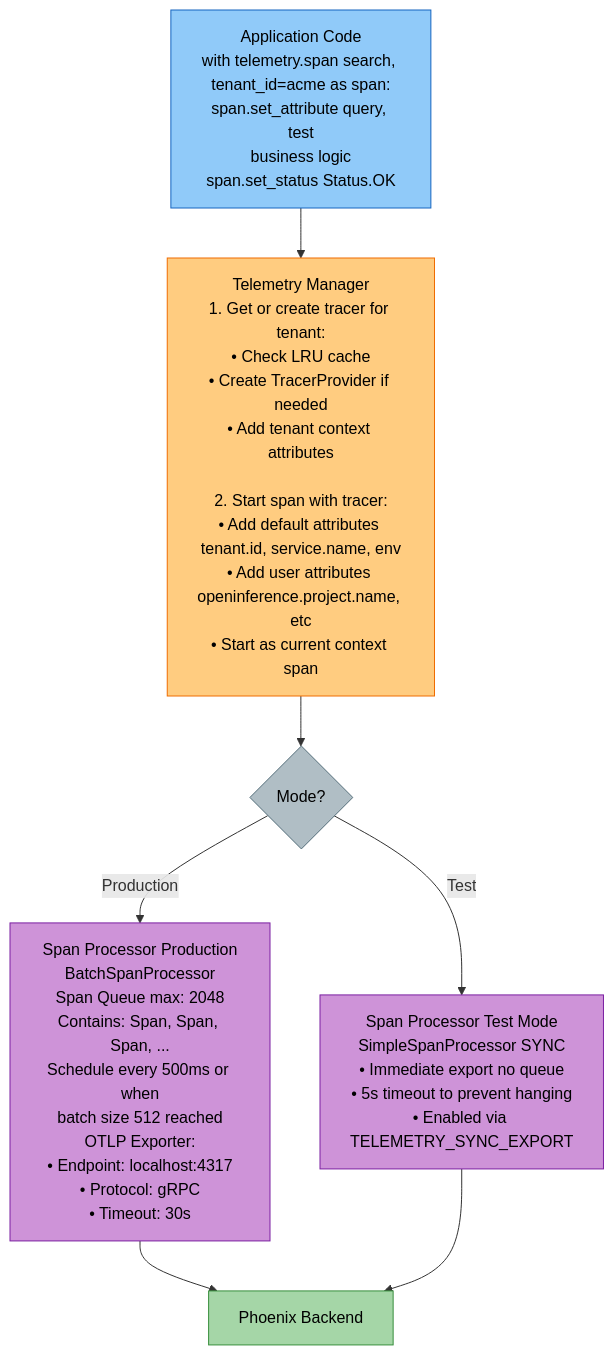
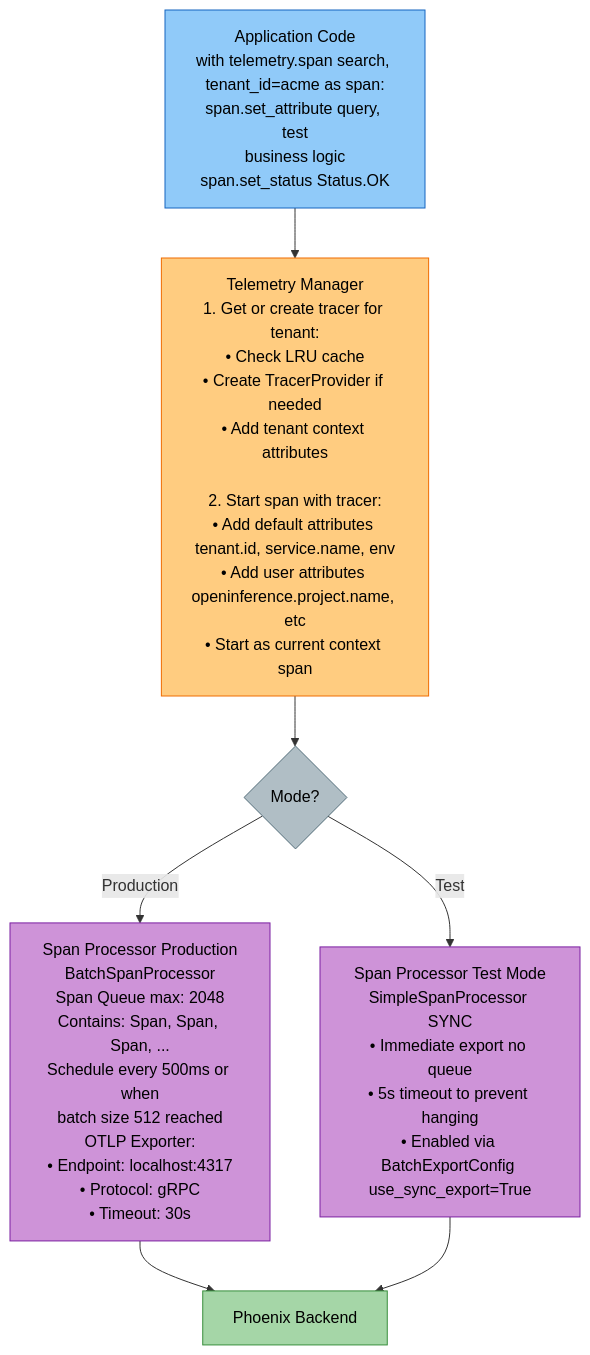
Before and after one commit to amit-jain/cogniverse: the second of 4 diagrams in docs/modules/telemetry.md, drawn with Mermaid. The commit also changed other lines of this file and 50 other files, not shown here.

First line of the commit message:
Complete and verify docs against code with mermaid palette

````diff
--- a/docs/modules/telemetry.md
+++ b/docs/modules/telemetry.md
@@ -212,22 +216,22 @@
 ```mermaid
 flowchart TB
     AppCode["<span style='color:#000'>Application Code<br/>with telemetry.span search, tenant_id=acme as span:<br/>span.set_attribute query, test<br/>business logic<br/>span.set_status Status.OK</span>"]
 
     AppCode --> TelManager["<span style='color:#000'>Telemetry Manager<br/>1. Get or create tracer for tenant:<br/>• Check LRU cache<br/>• Create TracerProvider if needed<br/>• Add tenant context attributes<br/><br/>2. Start span with tracer:<br/>• Add default attributes tenant.id, service.name, env<br/>• Add user attributes openinference.project.name, etc<br/>• Start as current context span</span>"]
 
     TelManager --> ProdProcessor{"<span style='color:#000'>Mode?</span>"}
 
     ProdProcessor -->|Production| BatchProc["<span style='color:#000'>Span Processor Production<br/>BatchSpanProcessor<br/>Span Queue max: 2048<br/>Contains: Span, Span, Span, ...<br/>Schedule every 500ms or when<br/>batch size 512 reached<br/>OTLP Exporter:<br/>• Endpoint: localhost:4317<br/>• Protocol: gRPC<br/>• Timeout: 30s</span>"]
 
-    ProdProcessor -->|Test| SimpleProc["<span style='color:#000'>Span Processor Test Mode<br/>SimpleSpanProcessor SYNC<br/>• Immediate export no queue<br/>• 5s timeout to prevent hanging<br/>• Enabled via TELEMETRY_SYNC_EXPORT</span>"]
+    ProdProcessor -->|Test| SimpleProc["<span style='color:#000'>Span Processor Test Mode<br/>SimpleSpanProcessor SYNC<br/>• Immediate export no queue<br/>• 5s timeout to prevent hanging<br/>• Enabled via BatchExportConfig use_sync_export=True</span>"]
 
     BatchProc --> Phoenix["<span style='color:#000'>Phoenix Backend</span>"]
     SimpleProc --> Phoenix
 
     style AppCode fill:#90caf9,stroke:#1565c0,color:#000
     style TelManager fill:#ffcc80,stroke:#ef6c00,color:#000
     style ProdProcessor fill:#b0bec5,stroke:#546e7a,color:#000
     style BatchProc fill:#ce93d8,stroke:#7b1fa2,color:#000
     style SimpleProc fill:#ce93d8,stroke:#7b1fa2,color:#000
     style Phoenix fill:#a5d6a7,stroke:#388e3c,color:#000
 ```
````
